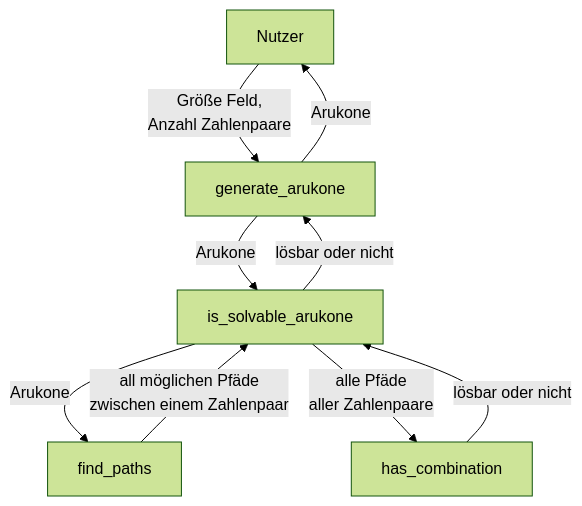
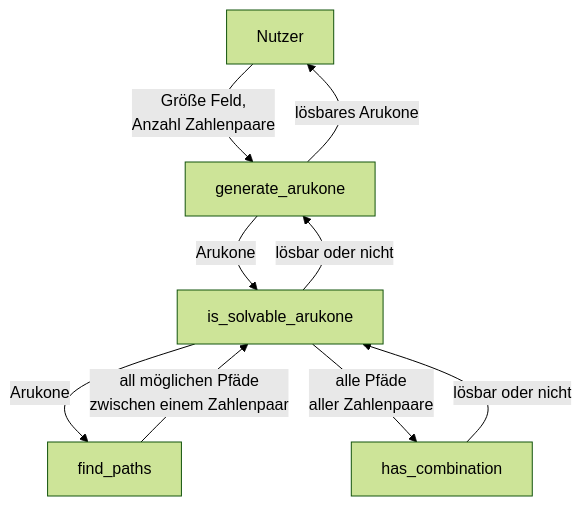
The diagram in 1. Arukone/Arukone.md (Scr1pting/42-BWInf-Runde-1), drawn with Mermaid (forest theme) before and after one commit. The commit also changed other lines of this file and 1 other file, not shown here.

Commit message:
Add changes

````diff
--- a/1. Arukone/Arukone.md
+++ b/1. Arukone/Arukone.md
@@ -21,11 +21,11 @@
 ```mermaid
-graph
+flowchart
     Nutzer -- Größe Feld, <br> Anzahl Zahlenpaare --> generate_arukone
     generate_arukone -- Arukone --> is_solvable_arukone
-    generate_arukone -- Arukone --> Nutzer
+    generate_arukone -- lösbares Arukone --> Nutzer
     is_solvable_arukone -- lösbar oder nicht --> generate_arukone
     is_solvable_arukone -- Arukone --> find_paths
     find_paths -- all möglichen Pfäde <br> zwischen einem Zahlenpaar --> is_solvable_arukone
-    is_solvable_arukone -- alle Pfäde <br> aller Zahlenpaare--> has_combination
+    is_solvable_arukone -- alle Pfäde <br> aller Zahlenpaare --> has_combination
     has_combination -- lösbar oder nicht --> is_solvable_arukone
 ```
````
